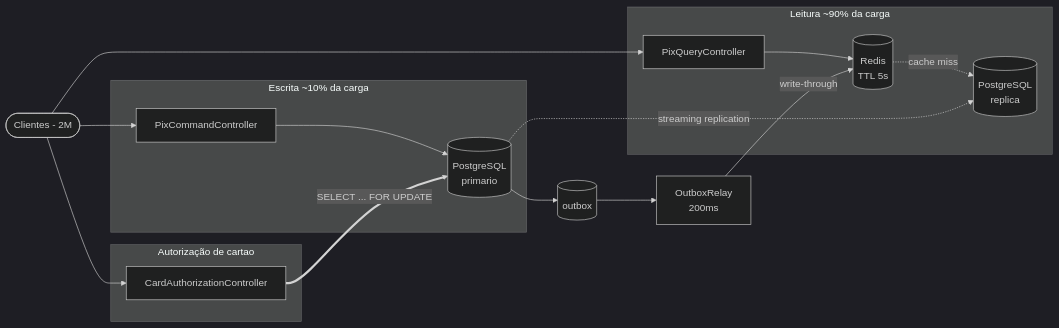
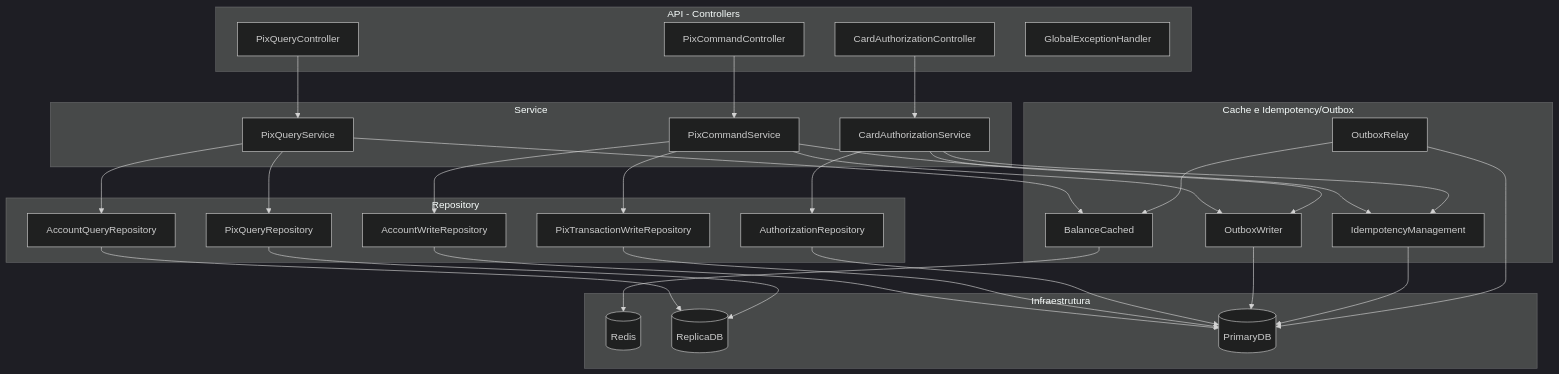
One commit to Jemesson/corebank changed the second of 2 diagrams in README.MD. Above: the diagram before and after it, drawn with Mermaid (dark theme). The commit also changed other lines of this file and 1 other file, not shown here.

````diff
--- a/README.MD
+++ b/README.MD
@@ -23,29 +75,49 @@
 ```mermaid
-flowchart LR
-    Client([Clientes - 2M])
-
-    subgraph Leitura["Leitura ~90% da carga"]
+flowchart TB
+    subgraph API["API - Controllers"]
         QC[PixQueryController]
-        Cache[(Redis<br/>TTL 5s)]
-        Replica[(PostgreSQL<br/>replica)]
+        CC[PixCommandController]
+        AC[CardAuthorizationController]
+        GEH[GlobalExceptionHandler]
     end
 
-    subgraph Escrita["Escrita ~10% da carga"]
-        CC[PixCommandController]
-        Primary[(PostgreSQL<br/>primario)]
+    subgraph SERVICE["Service"]
+        QS[PixQueryService]
+        CS[PixCommandService]
+        AS[CardAuthorizationService]
     end
 
-    subgraph Cartao["Autorização de cartao"]
-        AC[CardAuthorizationController]
+    subgraph REPO["Repository"]
+        AQR[AccountQueryRepository]
+        PQR[PixQueryRepository]
+        AWR[AccountWriteRepository]
+        PWR[PixTransactionWriteRepository]
+        AR[AuthorizationRepository]
     end
 
-    Client --> QC & CC & AC
-    QC --> Cache
-    Cache -. cache miss .-> Replica
-    CC --> Primary
-    AC ==>|SELECT ... FOR UPDATE| Primary
-    Primary -.->|streaming replication| Replica
-    Primary --> Outbox[(outbox)]
-    Outbox --> Relay[OutboxRelay<br/>200ms]
-    Relay -->|write-through| Cache
+    subgraph DATA["Infraestrutura"]
+        Redis[(Redis)]
+        Rep[(ReplicaDB)]
+        Pri[(PrimaryDB)]
+    end
+
+    subgraph SHARED["Cache e Idempotency/Outbox"]
+        IDEM[IdempotencyManagement]
+        BC[BalanceCached]
+        OW[OutboxWriter]
+        RL[OutboxRelay]
+    end
+
+    QC --> QS
+    CC --> CS
+    AC --> AS
+
+    QS --> BC & AQR & PQR
+    CS --> IDEM & AWR & PWR & OW
+    AS --> IDEM & AR & OW
+
+    BC --> Redis
+    RL --> BC
+    AQR & PQR --> Rep
+    AWR & PWR & AR & OW & IDEM & RL --> Pri
 ```
````
